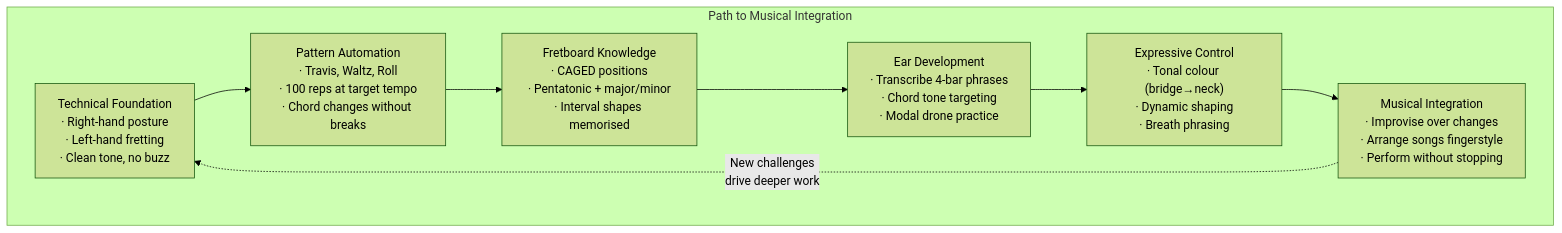
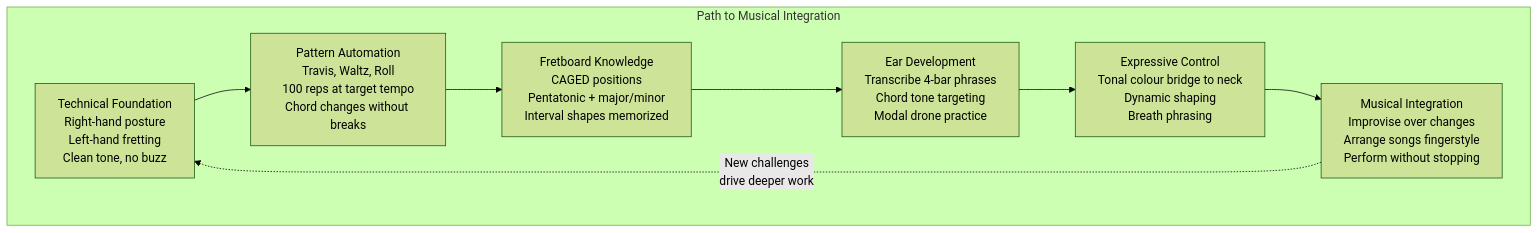
One commit to blebleblee/synapse changed the fifth of 5 diagrams in topics/arts/music_performance/acoustic_guitar/lesson_03_scales_and_fingerpicking.md. Above: the diagram before and after it, drawn with Mermaid (forest theme). The commit also changed other lines of this file and 4 other files, not shown here.

````diff
--- a/topics/arts/music_performance/acoustic_guitar/lesson_03_scales_and_fingerpicking.md
+++ b/topics/arts/music_performance/acoustic_guitar/lesson_03_scales_and_fingerpicking.md
@@ -729,14 +703,14 @@
 ```mermaid
 flowchart TD
     subgraph sub_integration ["Path to Musical Integration"]
-        T1["Technical Foundation\n· Right-hand posture\n· Left-hand fretting\n· Clean tone, no buzz"]
-        T2["Pattern Automation\n· Travis, Waltz, Roll\n· 100 reps at target tempo\n· Chord changes without breaks"]
-        T3["Fretboard Knowledge\n· CAGED positions\n· Pentatonic + major/minor\n· Interval shapes memorised"]
-        T4["Ear Development\n· Transcribe 4-bar phrases\n· Chord tone targeting\n· Modal drone practice"]
-        T5["Expressive Control\n· Tonal colour (bridge→neck)\n· Dynamic shaping\n· Breath phrasing"]
-        T6["Musical Integration\n· Improvise over changes\n· Arrange songs fingerstyle\n· Perform without stopping"]
+        T1["Technical Foundation<br/>Right-hand posture<br/>Left-hand fretting<br/>Clean tone, no buzz"]
+        T2["Pattern Automation<br/>Travis, Waltz, Roll<br/>100 reps at target tempo<br/>Chord changes without breaks"]
+        T3["Fretboard Knowledge<br/>CAGED positions<br/>Pentatonic + major/minor<br/>Interval shapes memorized"]
+        T4["Ear Development<br/>Transcribe 4-bar phrases<br/>Chord tone targeting<br/>Modal drone practice"]
+        T5["Expressive Control<br/>Tonal colour bridge to neck<br/>Dynamic shaping<br/>Breath phrasing"]
+        T6["Musical Integration<br/>Improvise over changes<br/>Arrange songs fingerstyle<br/>Perform without stopping"]
 
         T1 --> T2 --> T3 --> T4 --> T5 --> T6
-        T6 -.->|"New challenges\ndrive deeper work"| T1
+        T6 -.->|"New challenges<br/>drive deeper work"| T1
     end
 ```
````
